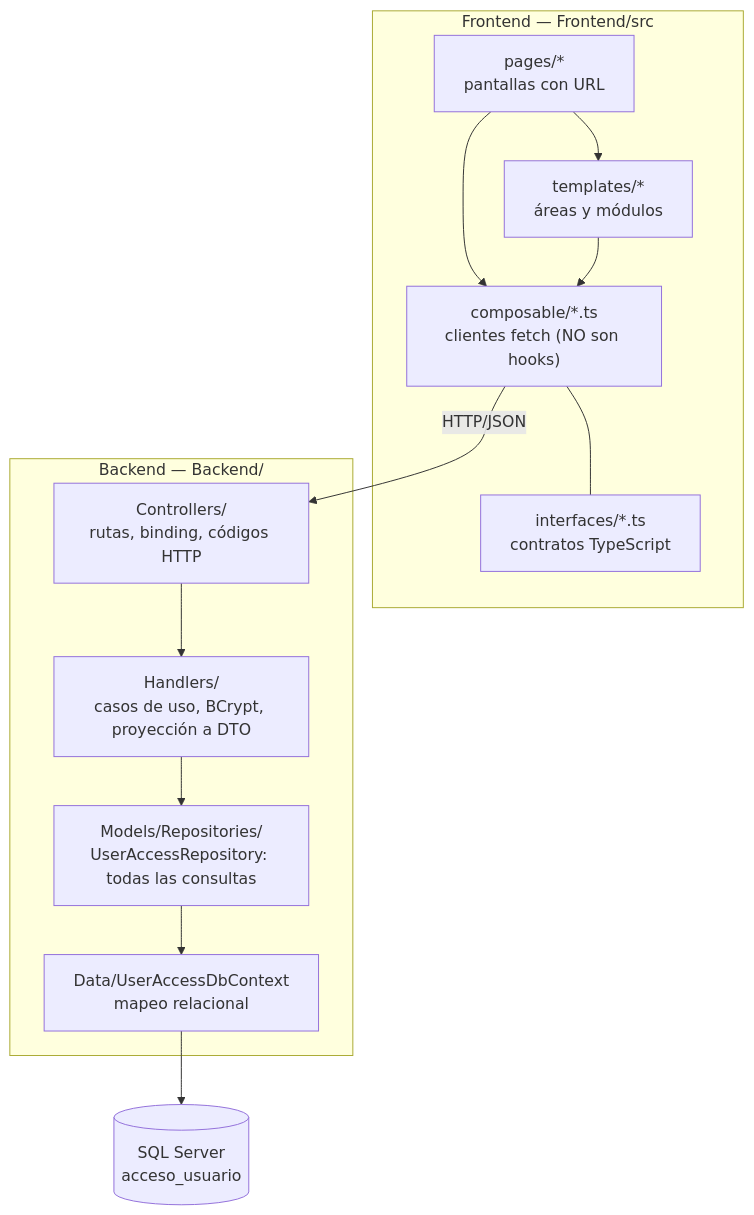
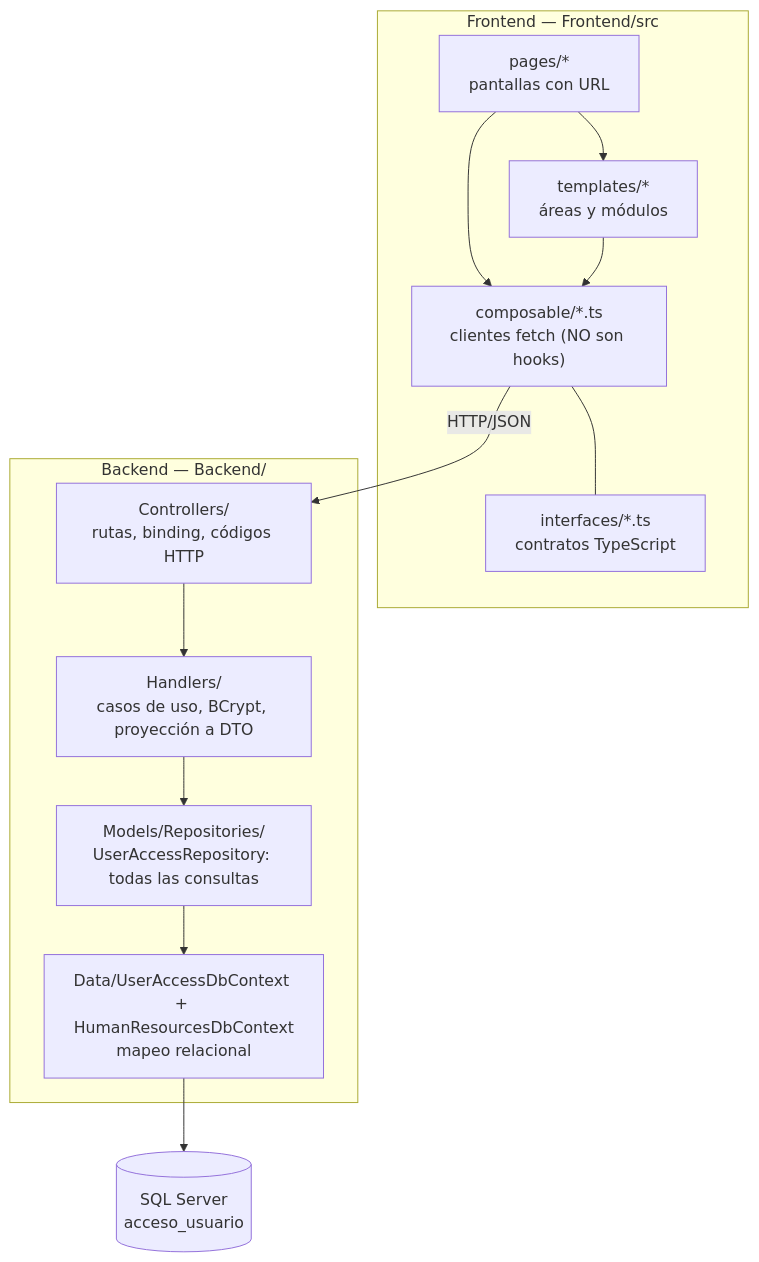
The second of 8 diagrams in Docs/architecture-overview.md (KillahBlitz/hospitalInfantil), drawn with Mermaid before and after one commit. The commit also changed other lines of this file and 6 other files, not shown here.

````diff
--- a/Docs/architecture-overview.md
+++ b/Docs/architecture-overview.md
@@ -40,26 +40,26 @@
 ```mermaid
 flowchart TD
     subgraph FE["Frontend — Frontend/src"]
         P["pages/*<br/>pantallas con URL"]
         T["templates/*<br/>áreas y módulos"]
         C["composable/*.ts<br/>clientes fetch (NO son hooks)"]
         I["interfaces/*.ts<br/>contratos TypeScript"]
         P --> T
         P --> C
         T --> C
         C --- I
     end
 
     subgraph BE["Backend — Backend/"]
         CT["Controllers/<br/>rutas, binding, códigos HTTP"]
         H["Handlers/<br/>casos de uso, BCrypt, proyección a DTO"]
         R["Models/Repositories/<br/>UserAccessRepository: todas las consultas"]
-        D["Data/UserAccessDbContext<br/>mapeo relacional"]
+        D["Data/UserAccessDbContext + HumanResourcesDbContext<br/>mapeo relacional"]
         CT --> H --> R --> D
     end
 
     DB[("SQL Server<br/>acceso_usuario")]
 
     C -- "HTTP/JSON" --> CT
     D --> DB
 ```
````
